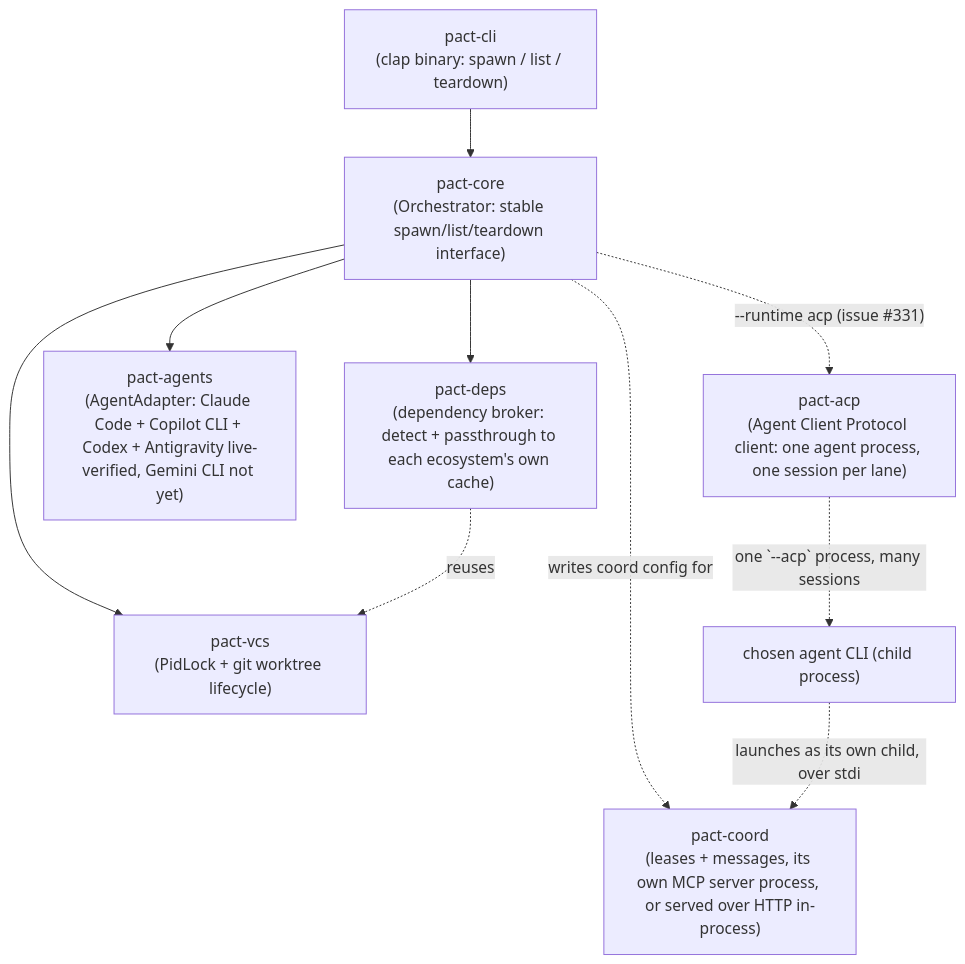
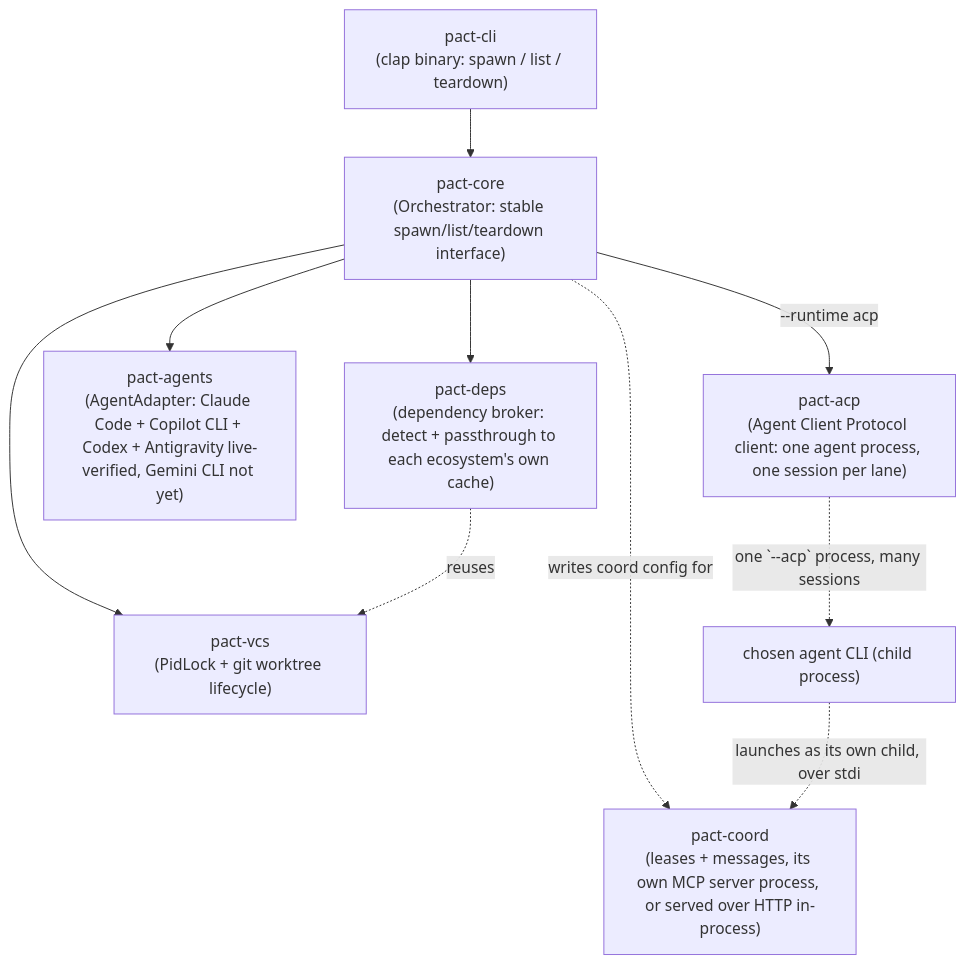
One commit to zekariasasaminew/pact changed the first of 3 diagrams in README.md. Above: the diagram before and after it, drawn with Mermaid. The commit also changed other lines of this file and 19 other files, not shown here.

````diff
--- a/README.md
+++ b/README.md
@@ -93,20 +93,20 @@
 ```mermaid
 graph TD
     CLI["pact-cli<br/>(clap binary: spawn / list / teardown)"]
     Core["pact-core<br/>(Orchestrator: stable spawn/list/teardown interface)"]
     VCS["pact-vcs<br/>(PidLock + git worktree lifecycle)"]
     Deps["pact-deps<br/>(dependency broker: detect + passthrough to each ecosystem's own cache)"]
     Agents["pact-agents<br/>(AgentAdapter: Claude Code + Copilot CLI + Codex + Antigravity live-verified, Gemini CLI not yet)"]
     Coord["pact-coord<br/>(leases + messages, its own MCP server process, or served over HTTP in-process)"]
     Acp["pact-acp<br/>(Agent Client Protocol client: one agent process, one session per lane)"]
 
     CLI --> Core
     Core --> VCS
     Core --> Deps
     Core --> Agents
-    Core -.-> |"--runtime acp (issue #331)"| Acp
+    Core -->|"--runtime acp"| Acp
     Deps -.reuses.-> VCS
     Core -.writes coord config for.-> Coord
     Agent2["chosen agent CLI (child process)"] -.launches as its own child, over stdio.-> Coord
     Acp -.one `--acp` process, many sessions.-> Agent2
 ```
````
